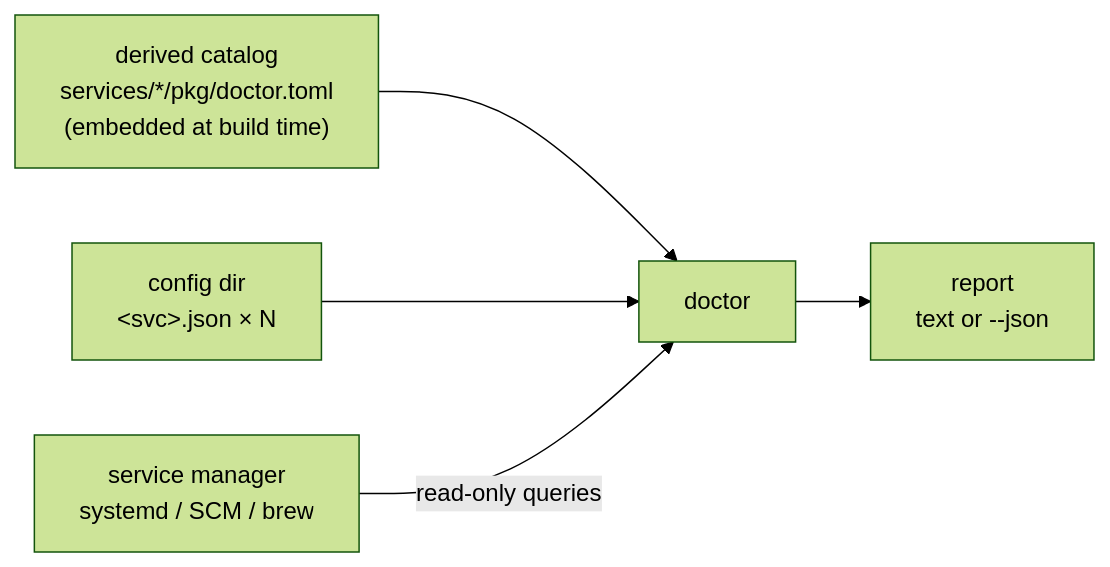
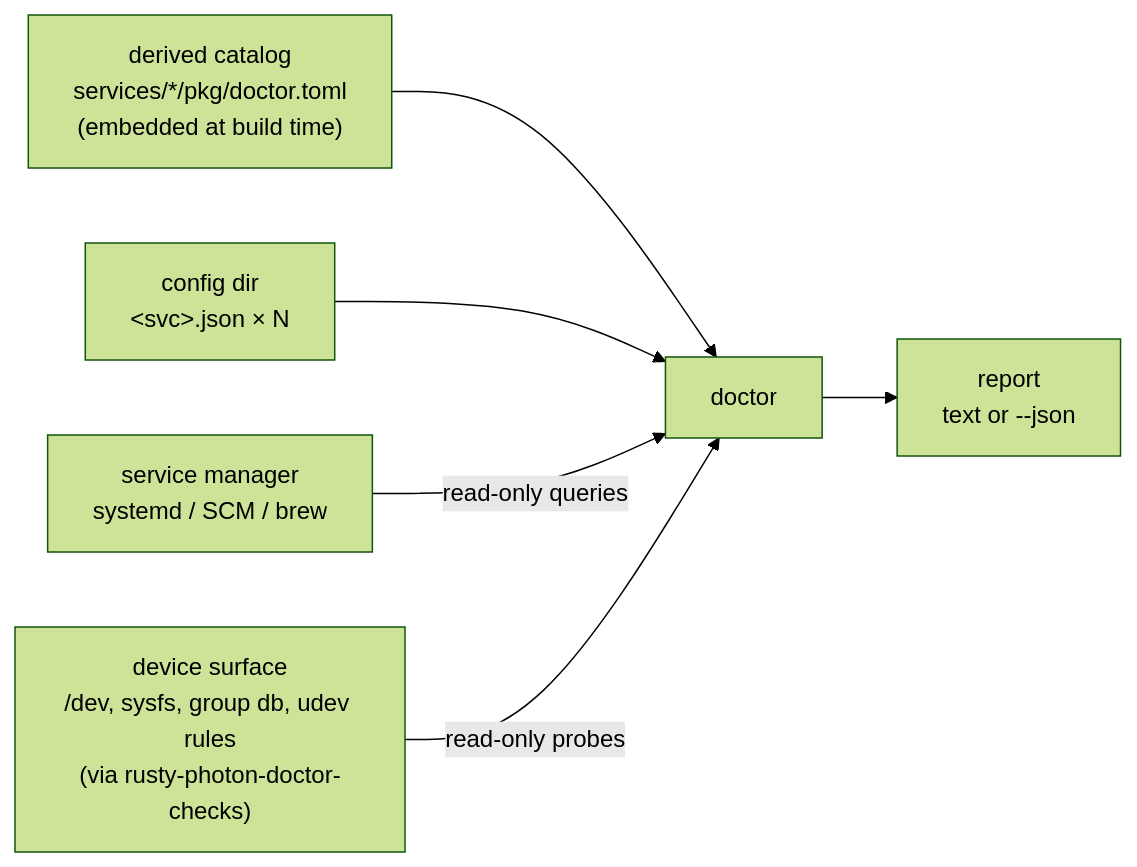
One commit to ivonnyssen/rusty-photon changed the diagram in docs/services/doctor.md. Above: the diagram before and after it, drawn with Mermaid (forest theme). The commit also changed other lines of this file and 45 other files, not shown here.

First line of the commit message:
feat(doctor): D4 — rusty-photon-doctor-checks crate + generic hardware checks (no SDK) (#563)

````diff
--- a/docs/services/doctor.md
+++ b/docs/services/doctor.md
@@ -28,7 +30,8 @@
 ```mermaid
 graph LR
     catalog["derived catalog<br/>services/*/pkg/doctor.toml<br/>(embedded at build time)"] --> doctor[doctor]
     configs["config dir<br/>&lt;svc&gt;.json × N"] --> doctor
     sm["service manager<br/>systemd / SCM / brew"] -->|read-only queries| doctor
+    hw["device surface<br/>/dev, sysfs, group db, udev rules<br/>(via rusty-photon-doctor-checks)"] -->|read-only probes| doctor
     doctor --> report["report<br/>text or --json"]
 ```
````
